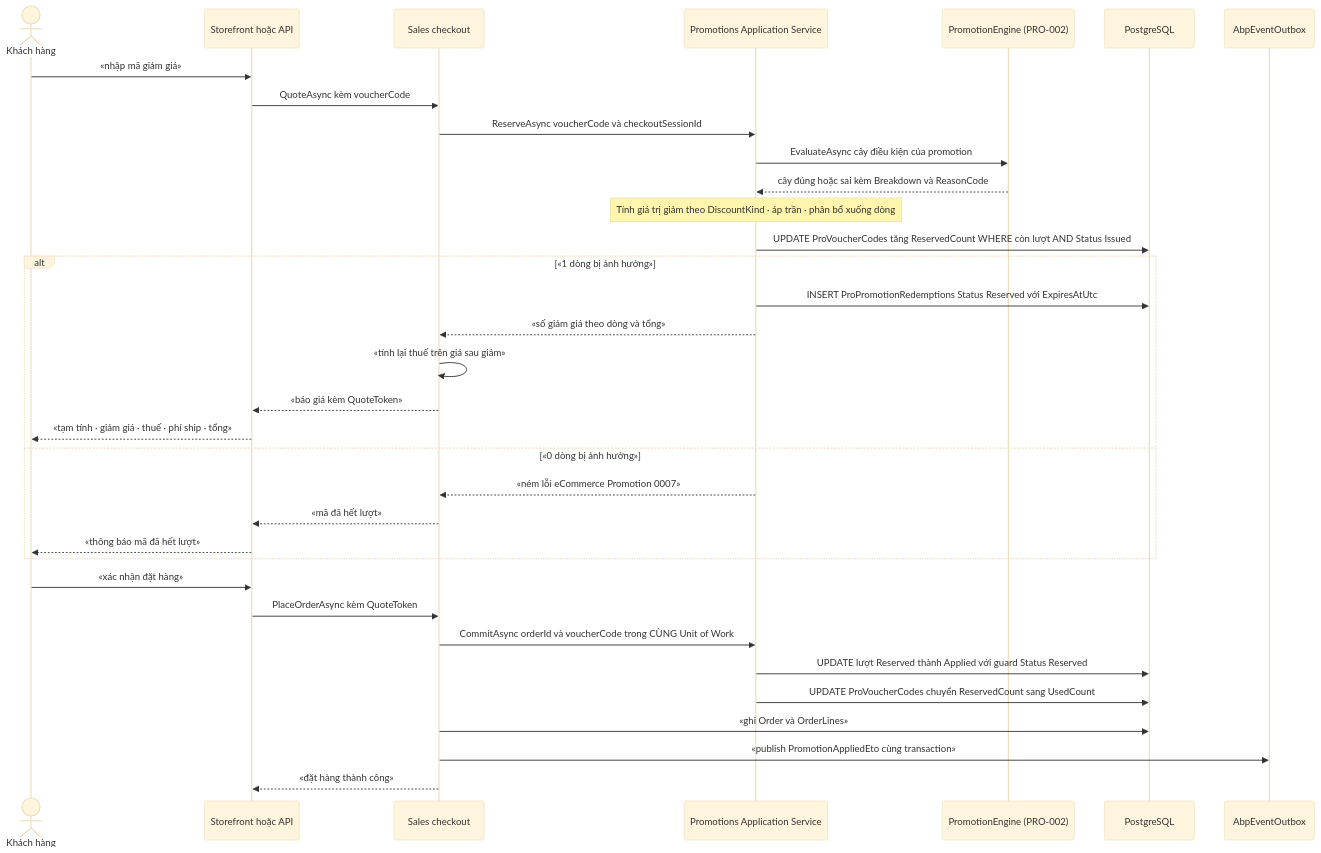
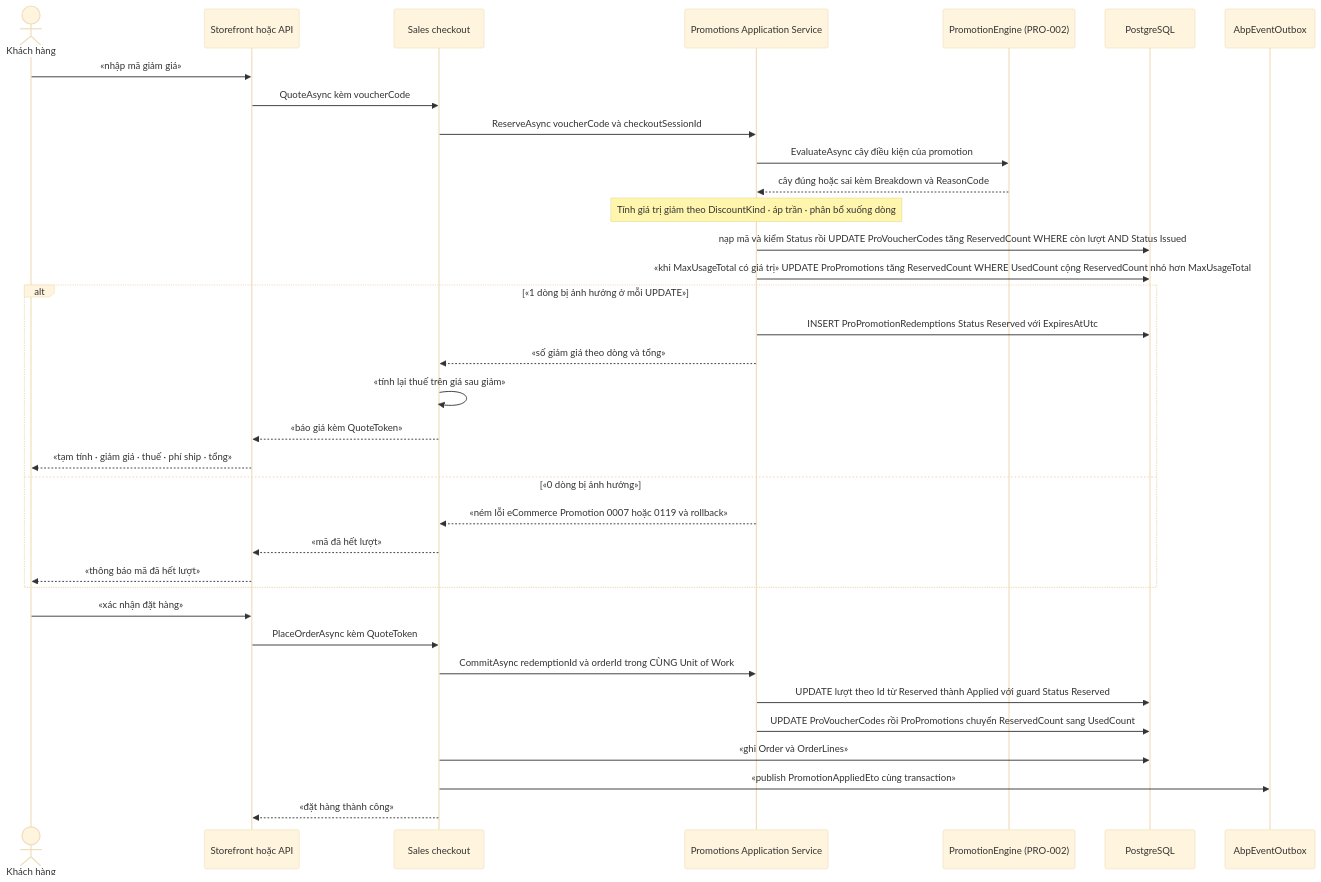
Before and after one commit to hungnt9801/eCommerce: the third of 3 diagrams in docs/features/promotions/pro-001-voucher-coupon.md, drawn with Mermaid (base theme). The commit also changed other lines of this file and 8 other files, not shown here.

````diff
--- a/docs/features/promotions/pro-001-voucher-coupon.md
+++ b/docs/features/promotions/pro-001-voucher-coupon.md
@@ -255,37 +261,38 @@
 ```mermaid
 sequenceDiagram
     actor KH as Khách hàng
     participant WEB as Storefront hoặc API
     participant SAL as Sales checkout
     participant PRO as Promotions Application Service
     participant ENG as PromotionEngine (PRO-002)
     participant DB as PostgreSQL
     participant OUT as AbpEventOutbox
 
     KH->>WEB: «nhập mã giảm giá»
     WEB->>SAL: QuoteAsync kèm voucherCode
     SAL->>PRO: ReserveAsync voucherCode và checkoutSessionId
     PRO->>ENG: EvaluateAsync cây điều kiện của promotion
     ENG-->>PRO: cây đúng hoặc sai kèm Breakdown và ReasonCode
     Note over PRO: Tính giá trị giảm theo DiscountKind · áp trần · phân bổ xuống dòng
-    PRO->>DB: UPDATE ProVoucherCodes tăng ReservedCount WHERE còn lượt AND Status Issued
-    alt «1 dòng bị ảnh hưởng»
+    PRO->>DB: nạp mã và kiểm Status rồi UPDATE ProVoucherCodes tăng ReservedCount WHERE còn lượt AND Status Issued
+    PRO->>DB: «khi MaxUsageTotal có giá trị» UPDATE ProPromotions tăng ReservedCount WHERE UsedCount cộng ReservedCount nhỏ hơn MaxUsageTotal
+    alt «1 dòng bị ảnh hưởng ở mỗi UPDATE»
         PRO->>DB: INSERT ProPromotionRedemptions Status Reserved với ExpiresAtUtc
         PRO-->>SAL: «số giảm giá theo dòng và tổng»
         SAL->>SAL: «tính lại thuế trên giá sau giảm»
         SAL-->>WEB: «báo giá kèm QuoteToken»
         WEB-->>KH: «tạm tính · giảm giá · thuế · phí ship · tổng»
     else «0 dòng bị ảnh hưởng»
-        PRO-->>SAL: «ném lỗi eCommerce Promotion 0007»
+        PRO-->>SAL: «ném lỗi eCommerce Promotion 0007 hoặc 0119 và rollback»
         SAL-->>WEB: «mã đã hết lượt»
         WEB-->>KH: «thông báo mã đã hết lượt»
     end
     KH->>WEB: «xác nhận đặt hàng»
     WEB->>SAL: PlaceOrderAsync kèm QuoteToken
-    SAL->>PRO: CommitAsync orderId và voucherCode trong CÙNG Unit of Work
-    PRO->>DB: UPDATE lượt Reserved thành Applied với guard Status Reserved
-    PRO->>DB: UPDATE ProVoucherCodes chuyển ReservedCount sang UsedCount
+    SAL->>PRO: CommitAsync redemptionId và orderId trong CÙNG Unit of Work
+    PRO->>DB: UPDATE lượt theo Id từ Reserved thành Applied với guard Status Reserved
+    PRO->>DB: UPDATE ProVoucherCodes rồi ProPromotions chuyển ReservedCount sang UsedCount
     SAL->>DB: «ghi Order và OrderLines»
     SAL->>OUT: «publish PromotionAppliedEto cùng transaction»
     SAL-->>WEB: «đặt hàng thành công»
 ```
````
